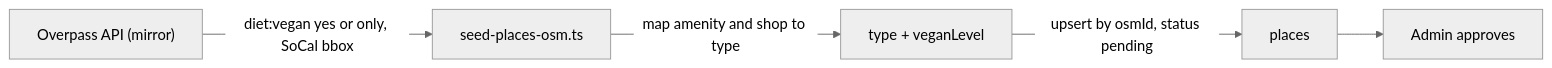
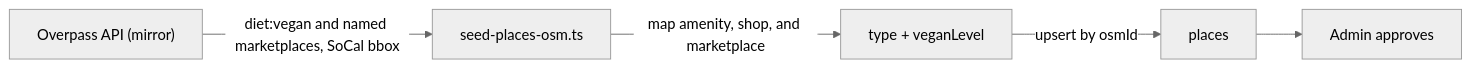
The diagram in docs/features/places/data-sources.md (wbaxterh/vegan-grove-docs), drawn with Mermaid (neutral theme) before and after one commit. The commit also changed other lines of this file and 14 other files, not shown here.

````diff
--- a/docs/features/places/data-sources.md
+++ b/docs/features/places/data-sources.md
@@ -27,7 +27,7 @@
 ```mermaid
 flowchart LR
-  Overpass["Overpass API (mirror)"] -->|"diet:vegan yes or only, SoCal bbox"| Script["seed-places-osm.ts"]
-  Script -->|"map amenity and shop to type"| Map["type + veganLevel"]
-  Map -->|"upsert by osmId, status pending"| Mongo["places"]
+  Overpass["Overpass API (mirror)"] -->|"diet:vegan and named marketplaces, SoCal bbox"| Script["seed-places-osm.ts"]
+  Script -->|"map amenity, shop, and marketplace"| Map["type + veganLevel"]
+  Map -->|"upsert by osmId"| Mongo["places"]
   Mongo --> Admin["Admin approves"]
 ```
````
